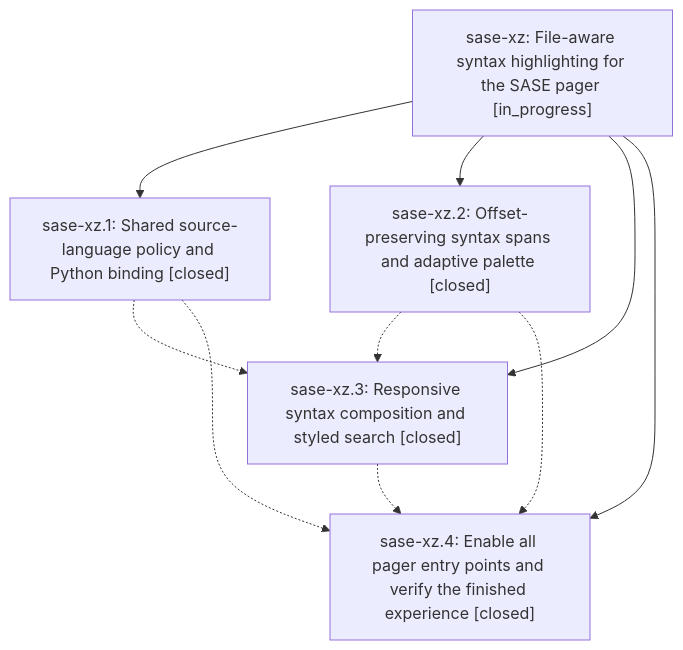
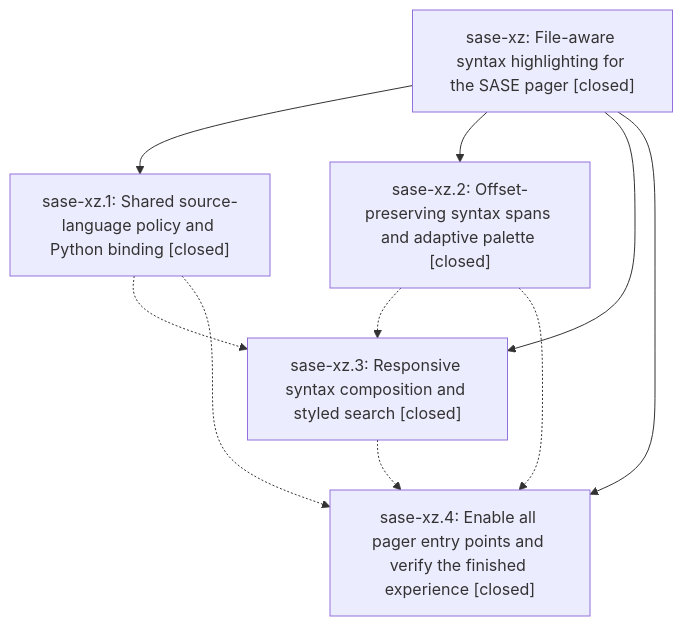
Before and after one commit to sase-org/sase--beads: the diagram in pages/sase-xz/README.md, drawn with Mermaid. The commit also changed other lines of this file, not shown here.

First line of the commit message:
chore(beads): sync bead state and pages for sase-xz

````diff
--- a/pages/sase-xz/README.md
+++ b/pages/sase-xz/README.md
@@ -37,17 +174,17 @@
 ```mermaid
 flowchart TD
-    n0["sase-xz: File-aware syntax highlighting for the SASE pager [in_progress]"]
+    n0["sase-xz: File-aware syntax highlighting for the SASE pager [closed]"]
     n1["sase-xz.1: Shared source-language policy and Python binding [closed]"]
     n2["sase-xz.2: Offset-preserving syntax spans and adaptive palette [closed]"]
     n3["sase-xz.3: Responsive syntax composition and styled search [closed]"]
     n4["sase-xz.4: Enable all pager entry points and verify the finished experience [closed]"]
     n0 --> n1
     n0 --> n2
     n0 --> n3
     n0 --> n4
     n1 -.-> n3
     n1 -.-> n4
     n2 -.-> n3
     n2 -.-> n4
     n3 -.-> n4
 ```
````
